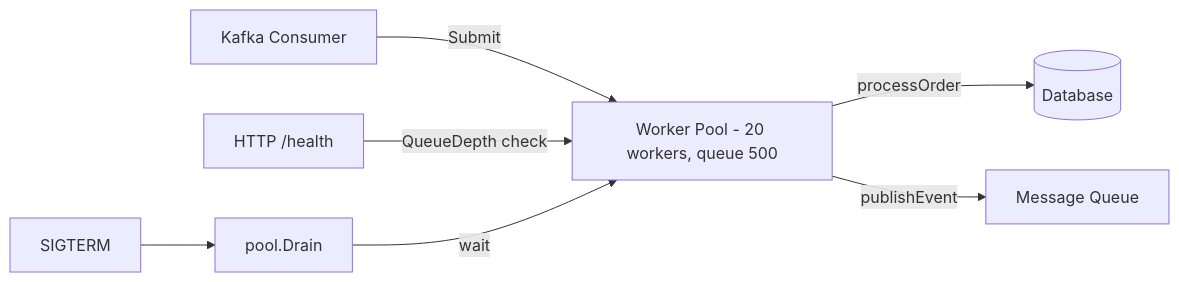
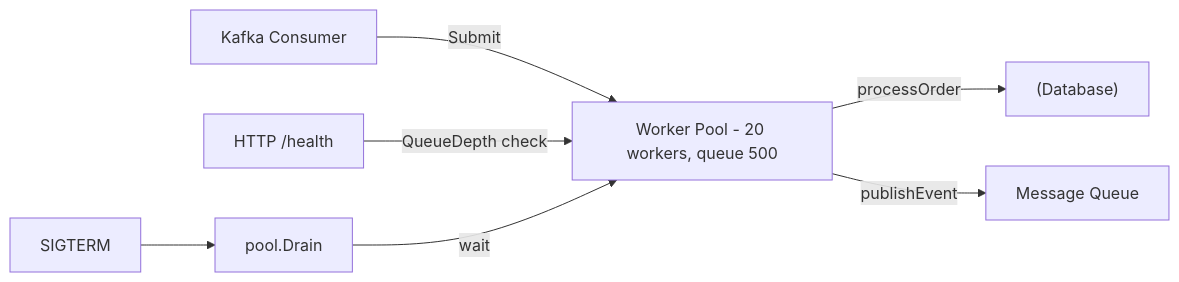
Before and after one commit to vesviet/vesviet: the diagram in content/posts/golang-goroutine-pool-errgroup-worker.md, drawn with Mermaid. The commit also changed other lines of this file and 331 other files, not shown here.

````diff
--- a/content/posts/golang-goroutine-pool-errgroup-worker.md
+++ b/content/posts/golang-goroutine-pool-errgroup-worker.md
@@ -461,11 +461,11 @@
 ```mermaid
 graph LR
-    KAFKA[Kafka Consumer] -->|Submit| POOL[Worker Pool - 20 workers, queue 500]
-    POOL -->|processOrder| DB[(Database)]
-    POOL -->|publishEvent| MQ[Message Queue]
+    KAFKA["Kafka Consumer"] -->|"Submit"| POOL["Worker Pool - 20 workers, queue 500"]
+    POOL -->|"processOrder"| DB["(Database)"]
+    POOL -->|"publishEvent"| MQ["Message Queue"]
     
-    HTTP[HTTP /health] -->|QueueDepth check| POOL
+    HTTP["HTTP /health"] -->|"QueueDepth check"| POOL
     
-    SIGTERM --> DRAIN[pool.Drain]
-    DRAIN -->|wait| POOL
+    SIGTERM --> DRAIN["pool.Drain"]
+    DRAIN -->|"wait"| POOL
 ```
````
